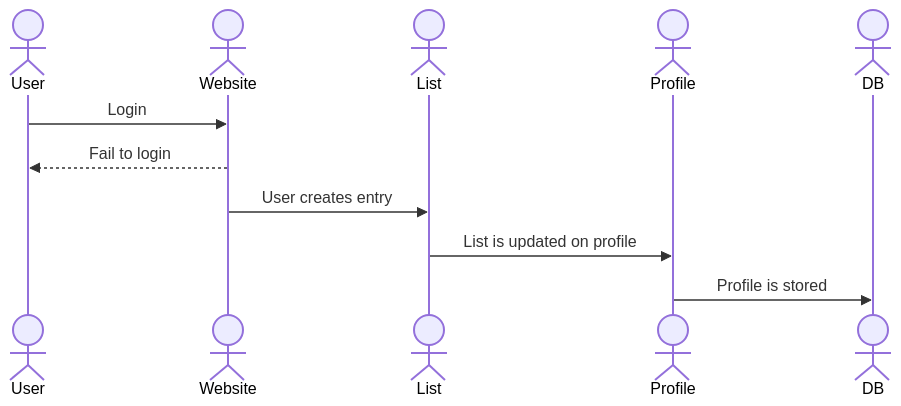
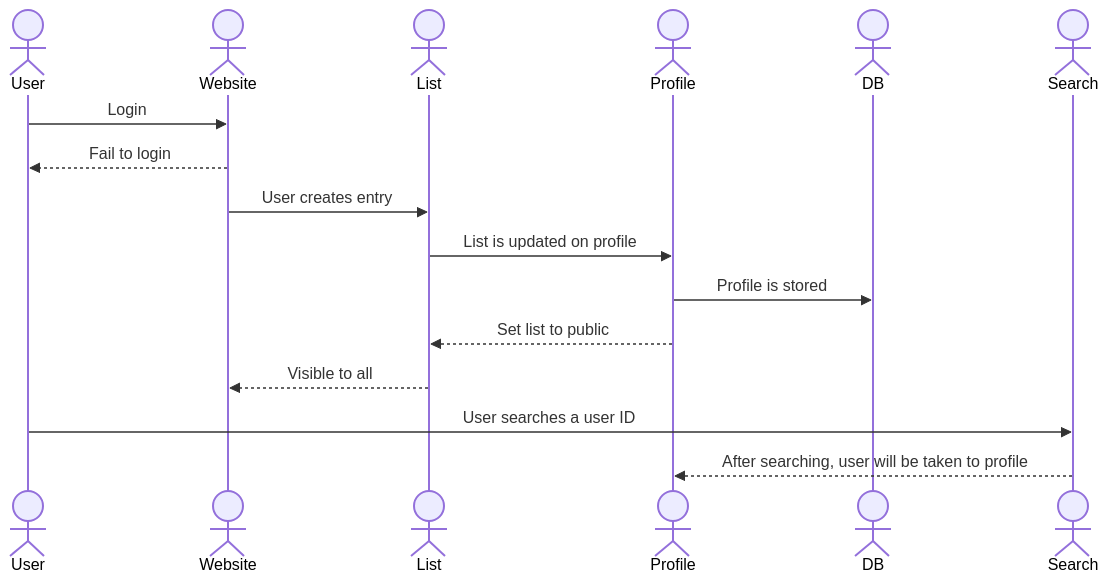
Before and after one commit to wonderbread678/startup: the diagram in README.md, drawn with Mermaid. The commit also changed other lines of this file, not shown here.

Commit message:
testing sequence diagram

````diff
--- a/README.md
+++ b/README.md
@@ -37,17 +37,22 @@
 ```mermaid
 sequenceDiagram
     actor User
     actor Website
     actor List
     actor Profile
     actor DB
+    actor Search
 
 
     User->>Website: Login
     Website-->>User: Fail to login
     Website->>List: User creates entry
     List->>Profile: List is updated on profile
     Profile->>DB: Profile is stored
+    Profile-->>List: Set list to public
+    List-->>Website: Visible to all
+    User->>Search: User searches a user ID
+    Search-->>Profile: After searching, user will be taken to profile
 
     
 ```
````
